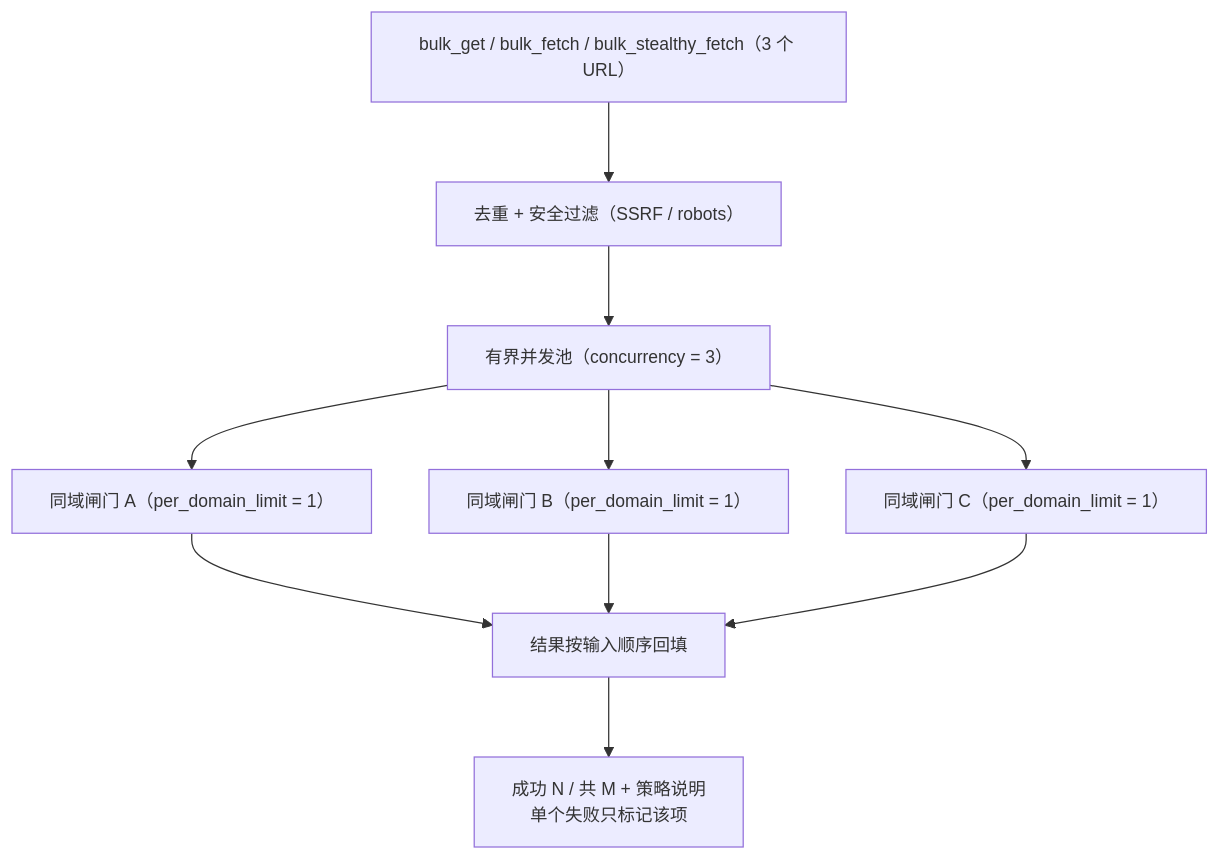
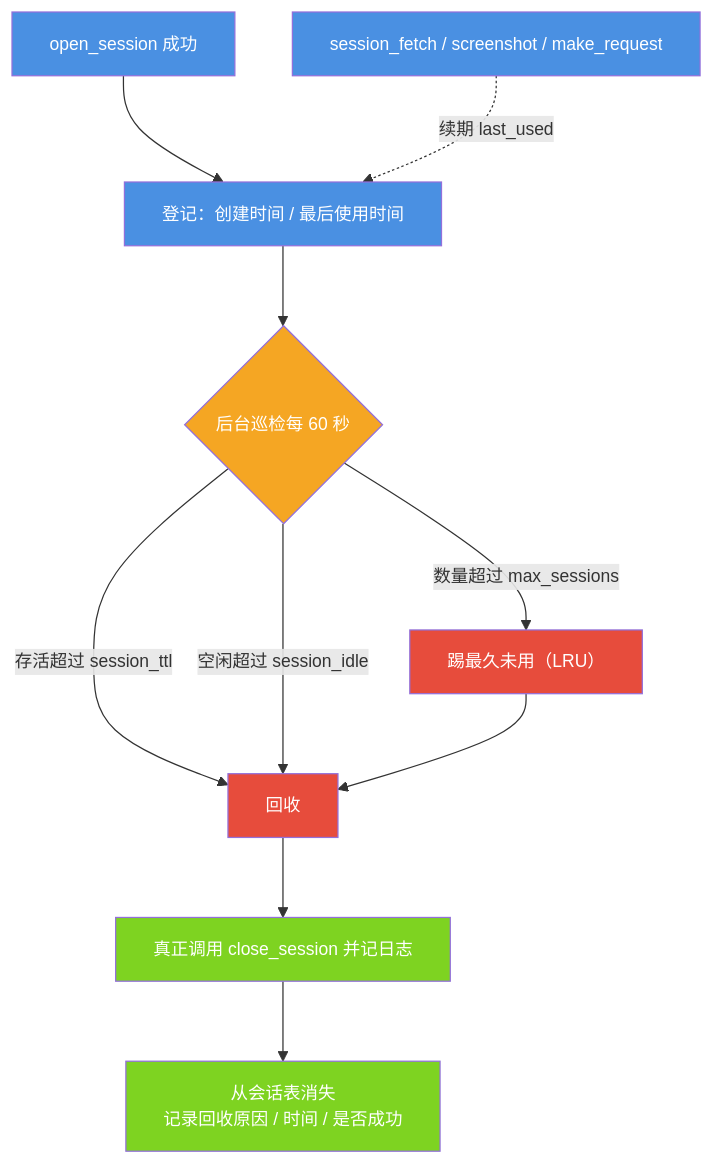
One commit to jiangchuangege/xiaojiao-harnees changed the third of 5 diagrams in docs/scrapling.md. Above: the diagram before and after it, drawn with Mermaid. The commit also changed other lines of this file and 51 other files, not shown here.

````diff
--- a/docs/scrapling.md
+++ b/docs/scrapling.md
@@ -318,13 +432,21 @@
 ```mermaid
 %%{init: {"themeVariables": {"fontSize": "14px"}, "flowchart": {"htmlLabels": true, "wrappingWidth": 320, "nodeSpacing": 46, "rankSpacing": 64, "useMaxWidth": true}}}%%
 flowchart TB
-    U["bulk_get / bulk_fetch / bulk_stealthy_fetch（3 个 URL）"] --> D["去重 + 安全过滤（SSRF / robots）"]
-    D --> P["有界并发池（concurrency = 3）"]
-    P --> SA["同域闸门 A（per_domain_limit = 1）"]
-    P --> SB["同域闸门 B（per_domain_limit = 1）"]
-    P --> SC["同域闸门 C（per_domain_limit = 1）"]
-    SA --> R["结果按输入顺序回填"]
-    SB --> R
-    SC --> R
-    R --> O["成功 N / 共 M + 策略说明<br/>单个失败只标记该项"]
+    A["open_session 成功"] --> R["登记：创建时间 / 最后使用时间"]
+    R --> G{"后台巡检每 60 秒"}
+    G -->|"存活超过 session_ttl"| K["回收"]
+    G -->|"空闲超过 session_idle"| K
+    G -->|"数量超过 max_sessions"| L["踢最久未用（LRU）"]
+    L --> K
+    K --> C["真正调用 close_session 并记日志"]
+    C --> S["从会话表消失<br/>记录回收原因 / 时间 / 是否成功"]
+    U["session_fetch / screenshot / make_request"] -.->|"续期 last_used"| R
+    style A fill:#4A90E2,color:#fff
+    style R fill:#4A90E2,color:#fff
+    style G fill:#F5A623,color:#fff
+    style K fill:#E74C3C,color:#fff
+    style L fill:#E74C3C,color:#fff
+    style C fill:#7ED321,color:#fff
+    style S fill:#7ED321,color:#fff
+    style U fill:#4A90E2,color:#fff
 ```
````
